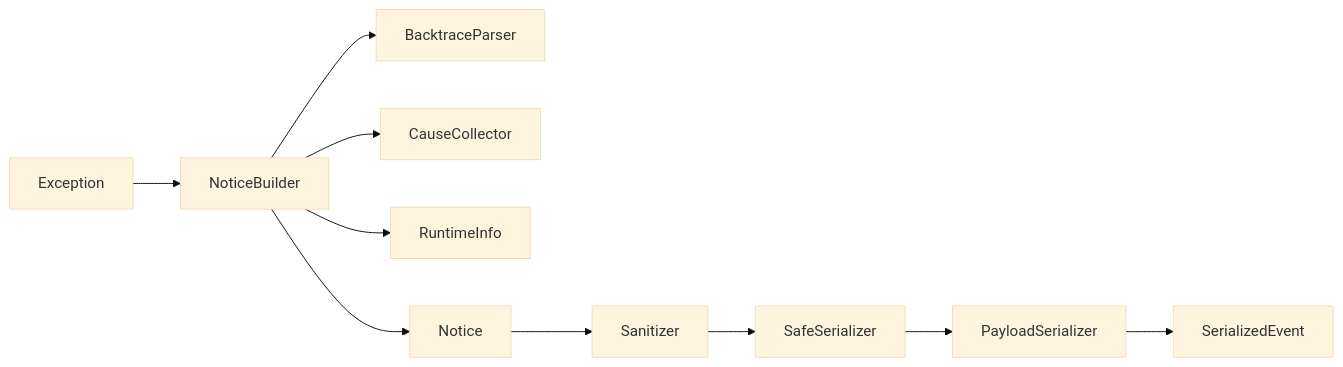
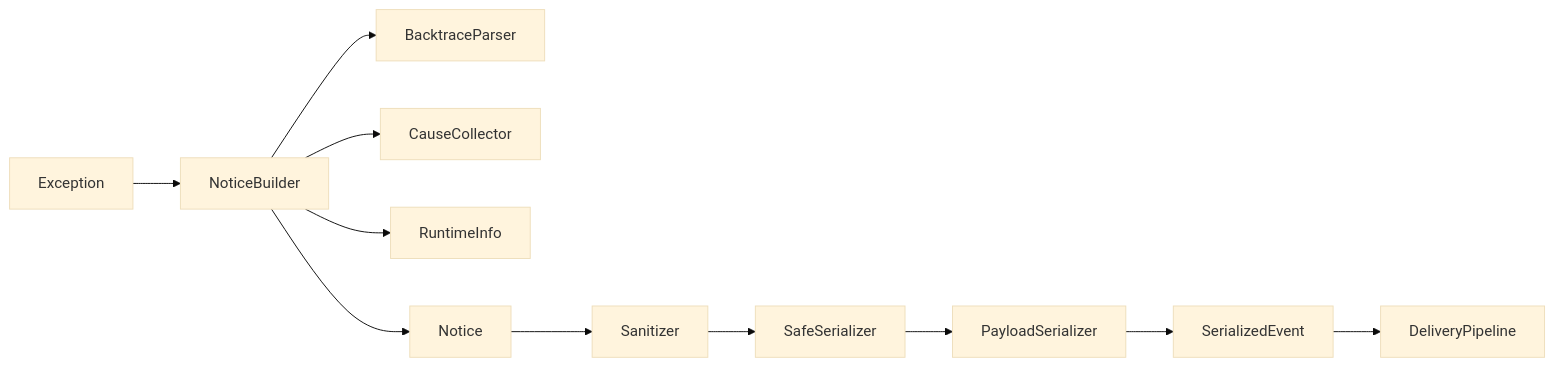
One commit to antoniojefferson/chronos-ruby changed the diagram in docs/modules/notice-pipeline.md. Above: the diagram before and after it, drawn with Mermaid (base theme). The commit also changed other lines of this file and 50 other files, not shown here.

First line of the commit message:
feat: delivery pipeline (#6)

````diff
--- a/docs/modules/notice-pipeline.md
+++ b/docs/modules/notice-pipeline.md
@@ -5,12 +5,13 @@
 ```mermaid
 flowchart LR
   Exception --> NoticeBuilder
   NoticeBuilder --> BacktraceParser
   NoticeBuilder --> CauseCollector
   NoticeBuilder --> RuntimeInfo
   NoticeBuilder --> Notice
   Notice --> Sanitizer
   Sanitizer --> SafeSerializer
   SafeSerializer --> PayloadSerializer
   PayloadSerializer --> SerializedEvent
+  SerializedEvent --> DeliveryPipeline
 ```
````
